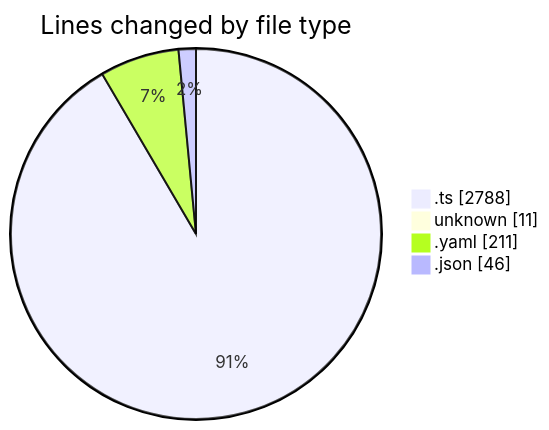
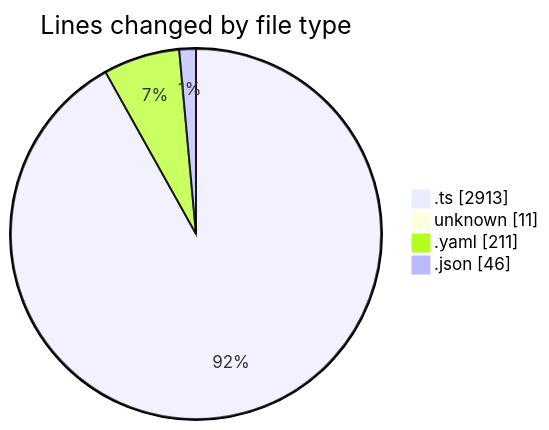
One commit to mevix1/code-tracking changed the first of 2 diagrams in 2025-10-01/oura-api/README.md. Above: the diagram before and after it, drawn with Mermaid. The commit also changed other lines of this file and 1 other file, not shown here.

````diff
--- a/2025-10-01/oura-api/README.md
+++ b/2025-10-01/oura-api/README.md
@@ -47,8 +49,8 @@
 ```mermaid
 pie showData
 title Lines changed by file type
-".ts" : 2788
+".ts" : 2913
 "unknown" : 11
 ".yaml" : 211
 ".json" : 46
 ```
````
